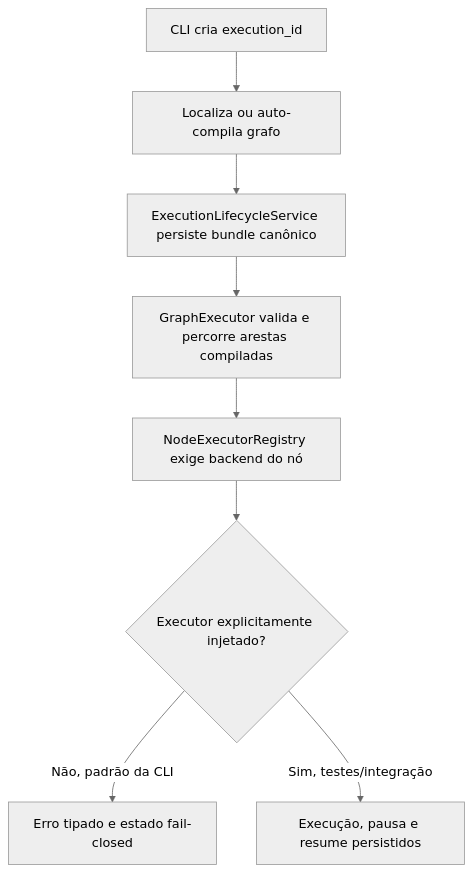
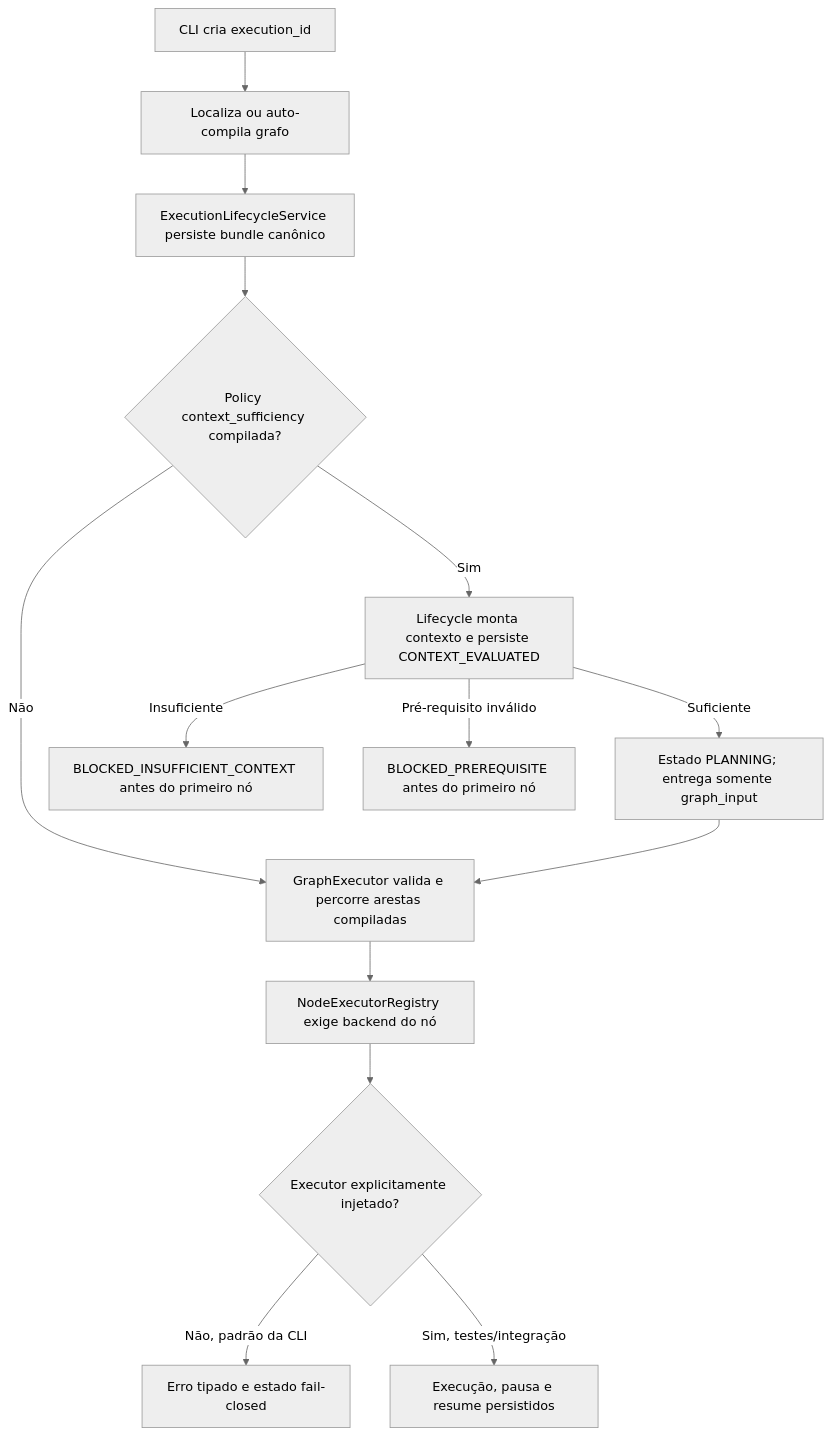
One commit to Wf-ops1/xXHarnessinfraXx changed the diagram in docs/walkthrough.md. Above: the diagram before and after it, drawn with Mermaid (neutral theme). The commit also changed other lines of this file and 24 other files, not shown here.

````diff
--- a/docs/walkthrough.md
+++ b/docs/walkthrough.md
@@ -63,10 +63,16 @@
 ```mermaid
 flowchart TD
     A["CLI cria execution_id"] --> B["Localiza ou auto-compila grafo"]
     B --> C["ExecutionLifecycleService persiste bundle canônico"]
-    C --> D["GraphExecutor valida e percorre arestas compiladas"]
+    C --> P{"Policy context_sufficiency compilada?"}
+    P -->|Não| D["GraphExecutor valida e percorre arestas compiladas"]
+    P -->|Sim| X["Lifecycle monta contexto e persiste CONTEXT_EVALUATED"]
+    X -->|Suficiente| L["Estado PLANNING; entrega somente graph_input"]
+    L --> D
+    X -->|Insuficiente| I["BLOCKED_INSUFFICIENT_CONTEXT antes do primeiro nó"]
+    X -->|Pré-requisito inválido| J["BLOCKED_PREREQUISITE antes do primeiro nó"]
     D --> E["NodeExecutorRegistry exige backend do nó"]
     E --> F{"Executor explicitamente injetado?"}
     F -->|Não, padrão da CLI| G["Erro tipado e estado fail-closed"]
     F -->|Sim, testes/integração| H["Execução, pausa e resume persistidos"]
 ```
````
